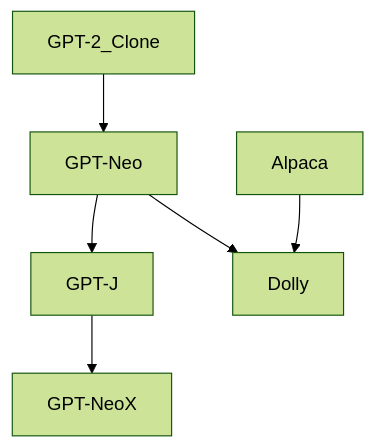
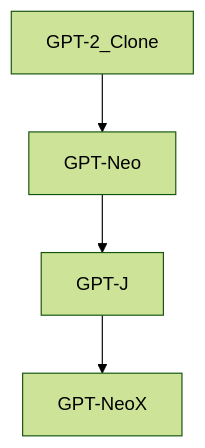
One commit to ted-sharp/chatvox changed the seventh of 11 diagrams in doc/llm.md. Above: the diagram before and after it, drawn with Mermaid (forest theme). The commit also changed other lines of this file, not shown here.

````diff
--- a/doc/llm.md
+++ b/doc/llm.md
@@ -231,7 +248,5 @@
 ```mermaid
 flowchart
 
 GPT-2_Clone --> GPT-Neo --> GPT-J --> GPT-NeoX
-Alpaca --> Dolly
-GPT-Neo --> Dolly
 ```
````
